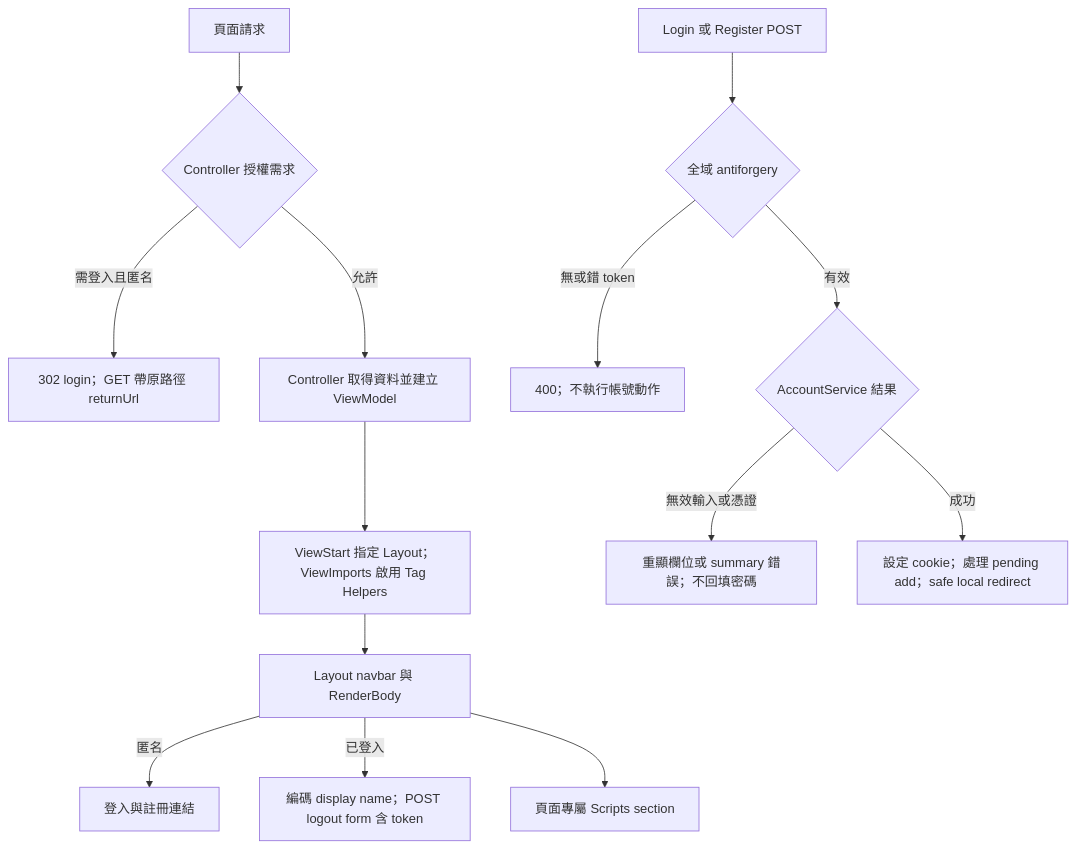
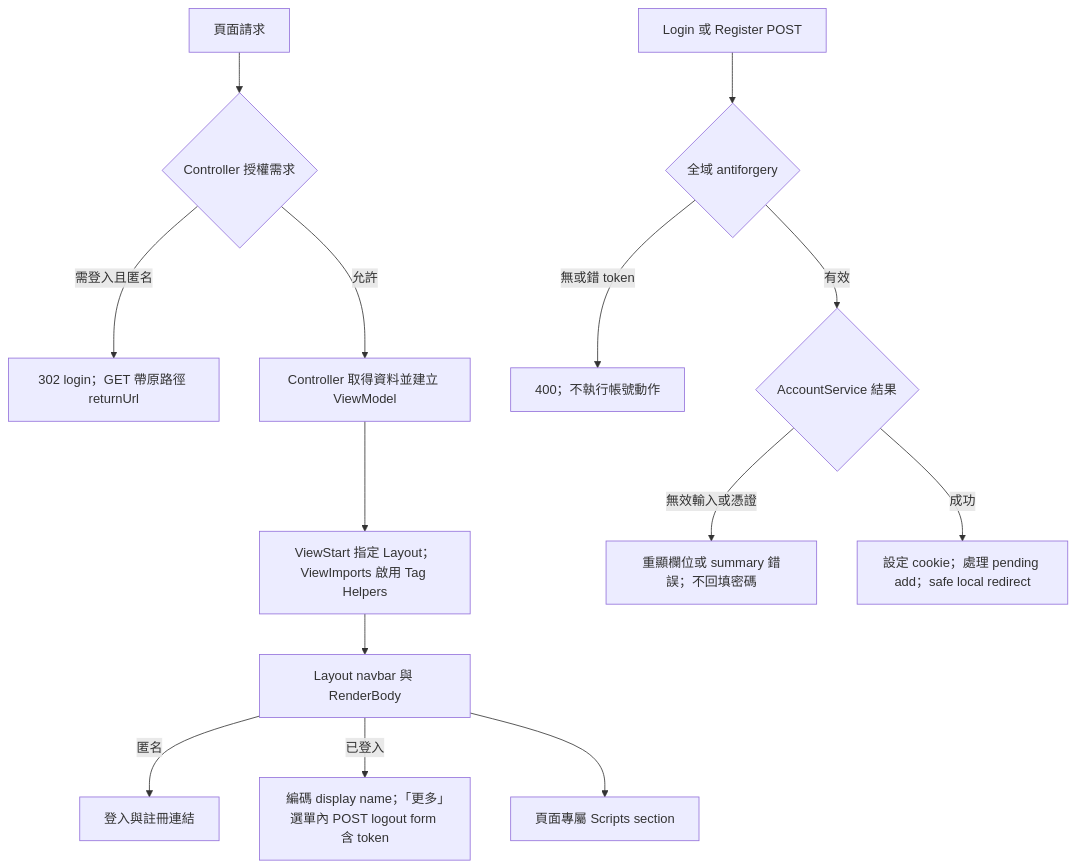
The first of 5 diagrams in Views/docs/workflow-diagram.md (Arthur801/Book-Finder), drawn with Mermaid before and after one commit. The commit also changed other lines of this file and 4 other files, not shown here.

````diff
--- a/Views/docs/workflow-diagram.md
+++ b/Views/docs/workflow-diagram.md
@@ -30,16 +31,16 @@
 ```mermaid
 flowchart TD
     A[頁面請求] --> B{Controller 授權需求}
     B -->|需登入且匿名| C[302 login；GET 帶原路徑 returnUrl]
     B -->|允許| D[Controller 取得資料並建立 ViewModel]
     D --> E[ViewStart 指定 Layout；ViewImports 啟用 Tag Helpers]
     E --> F[Layout navbar 與 RenderBody]
     F -->|匿名| G[登入與註冊連結]
-    F -->|已登入| H[編碼 display name；POST logout form 含 token]
+    F -->|已登入| H[編碼 display name；「更多」選單內 POST logout form 含 token]
     F --> I[頁面專屬 Scripts section]
     J[Login 或 Register POST] --> K{全域 antiforgery}
     K -->|無或錯 token| L[400；不執行帳號動作]
     K -->|有效| M{AccountService 結果}
     M -->|無效輸入或憑證| N[重顯欄位或 summary 錯誤；不回填密碼]
     M -->|成功| O[設定 cookie；處理 pending add；safe local redirect]
 ```
````
